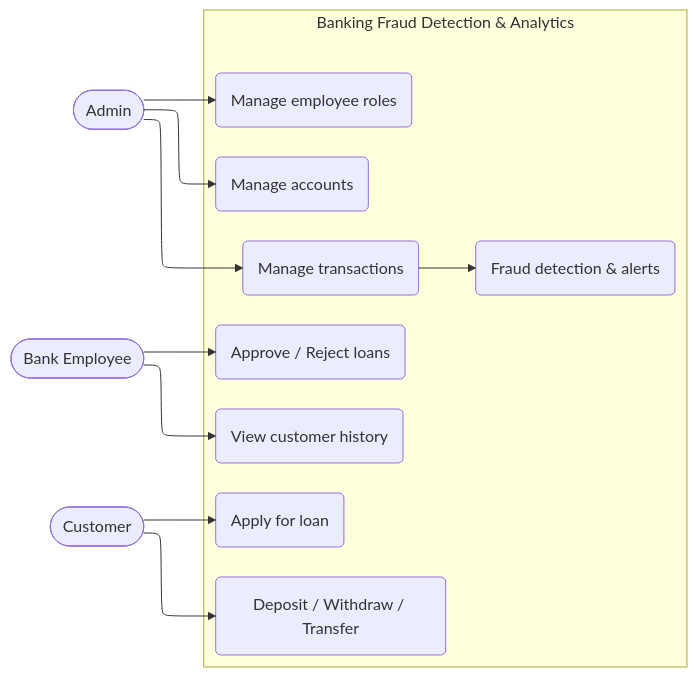
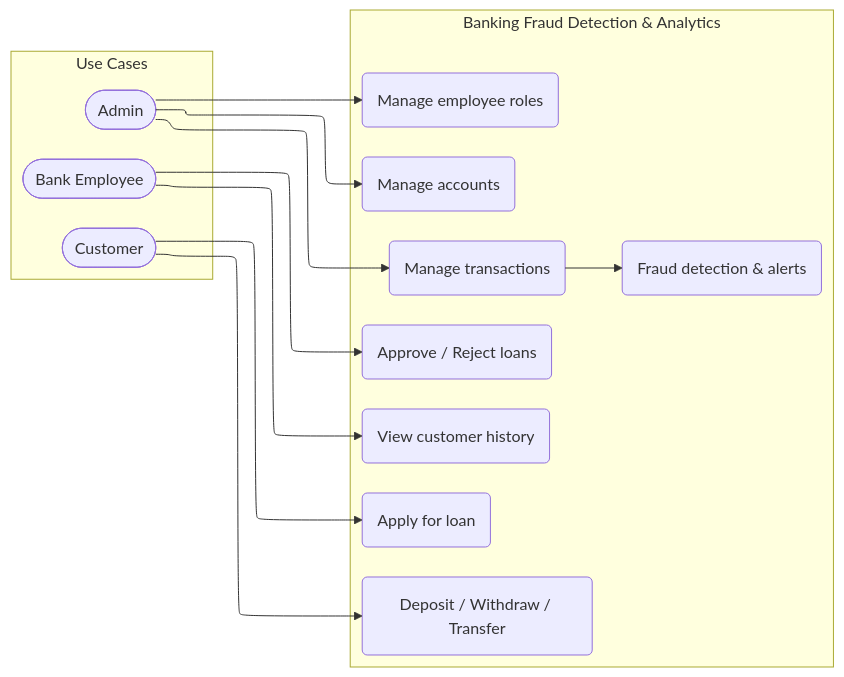
Before and after one commit to Mudit007-crypto/Banking-Fraud-Detection-and-Analytics: the diagram in diagrams/use_cases.mmd, drawn with Mermaid.

```diff
--- a/diagrams/use_cases.mmd
+++ b/diagrams/use_cases.mmd
@@ -1,19 +1,21 @@
 ---
 config:
   layout: elk
 ---
 flowchart LR
  subgraph System["Banking Fraud Detection & Analytics"]
         UC1("Manage accounts")
         UC2("Manage transactions")
         UC3("Manage employee roles")
         UC4("Approve / Reject loans")
         UC5("View customer history")
         UC6("Deposit / Withdraw / Transfer")
         UC7("Apply for loan")
         UC8("Fraud detection & alerts")
   end
+  subgraph UseCases["Use Cases"]
     Admin(["Admin"]) --> UC1 & UC2 & UC3
     Emp(["Bank Employee"]) --> UC4 & UC5
     Cust(["Customer"]) --> UC6 & UC7
     UC2 --> UC8
+  end
```
